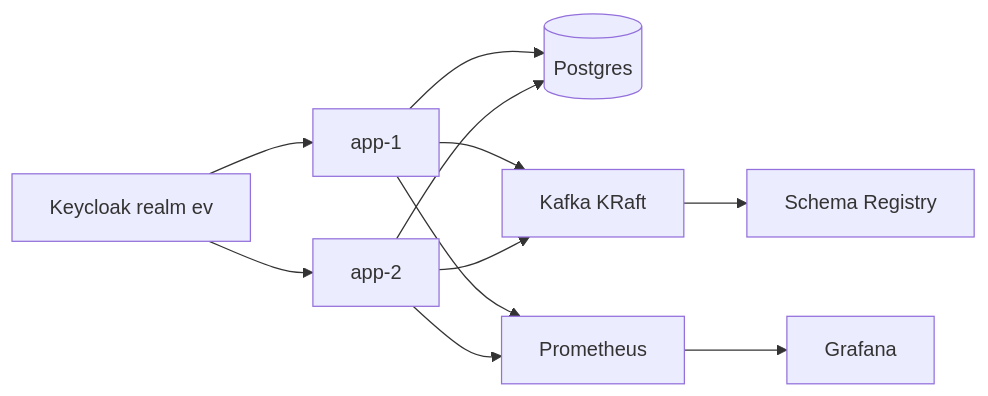
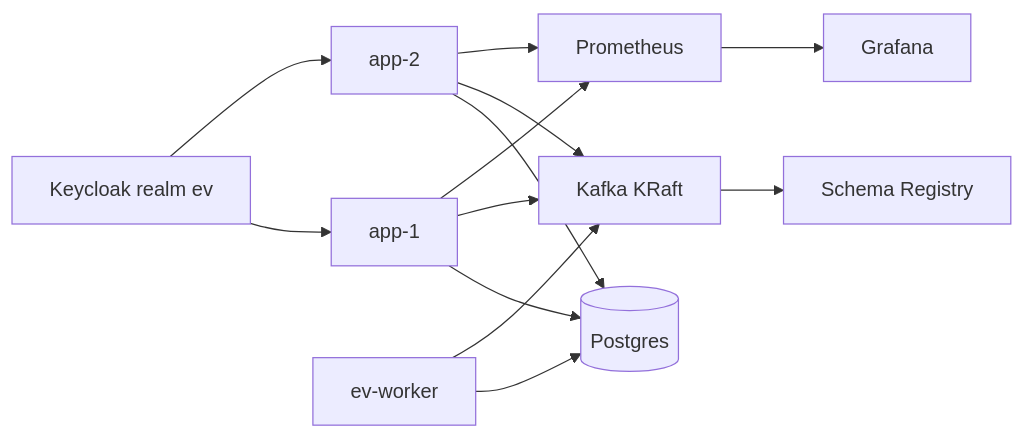
The first of 2 diagrams in docs/DESIGN_NOTE.md (Agnish1611/ev-assignment-moveinsync), drawn with Mermaid before and after one commit. The commit also changed other lines of this file and 25 other files, not shown here.

````diff
--- a/docs/DESIGN_NOTE.md
+++ b/docs/DESIGN_NOTE.md
@@ -7,21 +7,24 @@
 ```mermaid
 flowchart LR
   keycloak[Keycloak realm ev]
   app1[app-1]
   app2[app-2]
+  worker[ev-worker]
   postgres[(Postgres)]
   kafka[Kafka KRaft]
   registry[Schema Registry]
   prometheus[Prometheus]
   grafana[Grafana]
   keycloak --> app1
   keycloak --> app2
   app1 --> postgres
   app2 --> postgres
+  worker --> postgres
   app1 --> kafka
   app2 --> kafka
+  worker --> kafka
   kafka --> registry
   app1 --> prometheus
   app2 --> prometheus
   prometheus --> grafana
 ```
````
